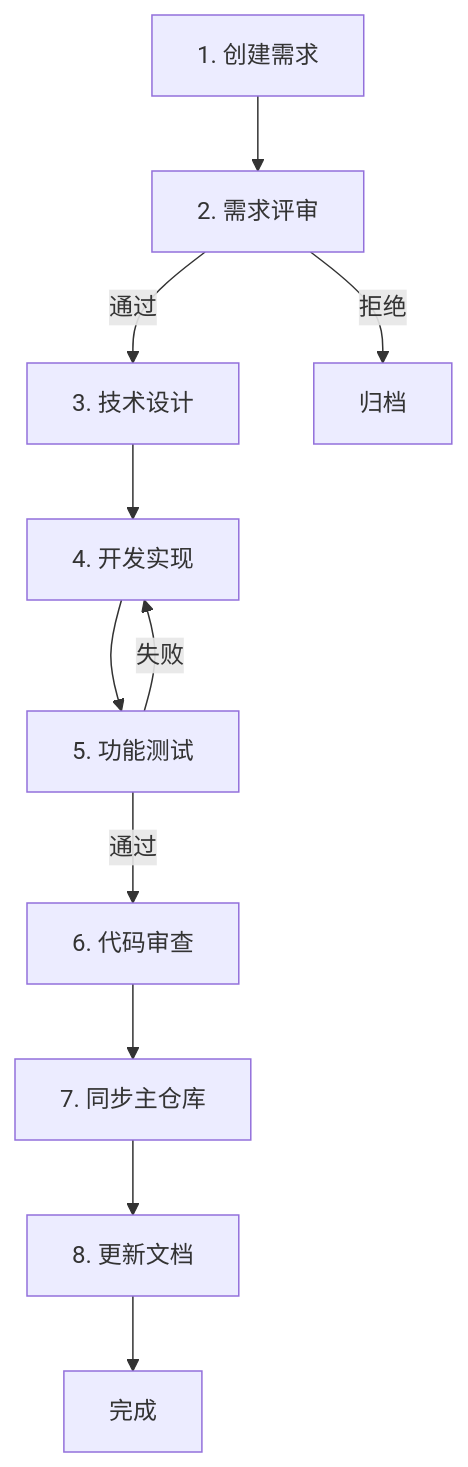
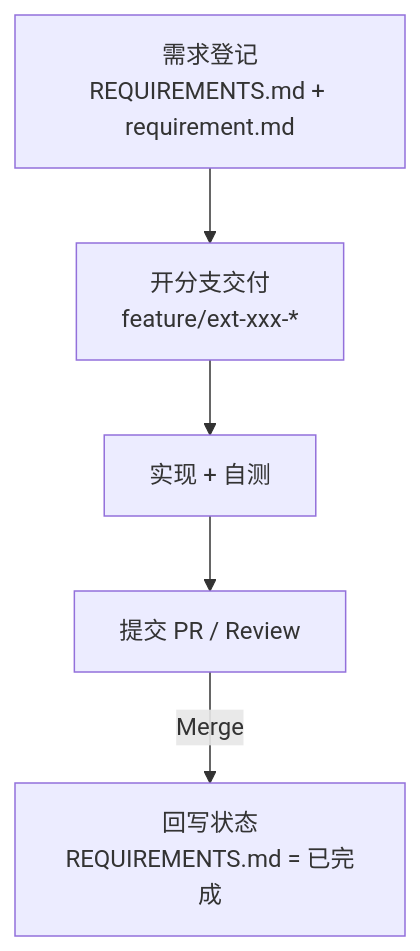
One commit to bigsmartben/bb-spec-kit changed the diagram in .spec-workspace/docs/WORKFLOW.md. Above: the diagram before and after it, drawn with Mermaid. The commit also changed other lines of this file and 47 other files, not shown here.

````diff
--- a/.spec-workspace/docs/WORKFLOW.md
+++ b/.spec-workspace/docs/WORKFLOW.md
@@ -7,13 +7,7 @@
 ```mermaid
 graph TB
-    A[1. 创建需求] --> B[2. 需求评审]
-    B -->|通过| C[3. 技术设计]
-    B -->|拒绝| Z[归档]
-    C --> D[4. 开发实现]
-    D --> E[5. 功能测试]
-    E -->|失败| D
-    E -->|通过| F[6. 代码审查]
-    F --> G[7. 同步主仓库]
-    G --> H[8. 更新文档]
-    H --> I[完成]
+  A[需求登记\nREQUIREMENTS.md + requirement.md] --> B[开分支交付\nfeature/ext-xxx-*]
+  B --> C[实现 + 自测]
+  C --> D[提交 PR / Review]
+  D -->|Merge| E[回写状态\nREQUIREMENTS.md = 已完成]
 ```
````
